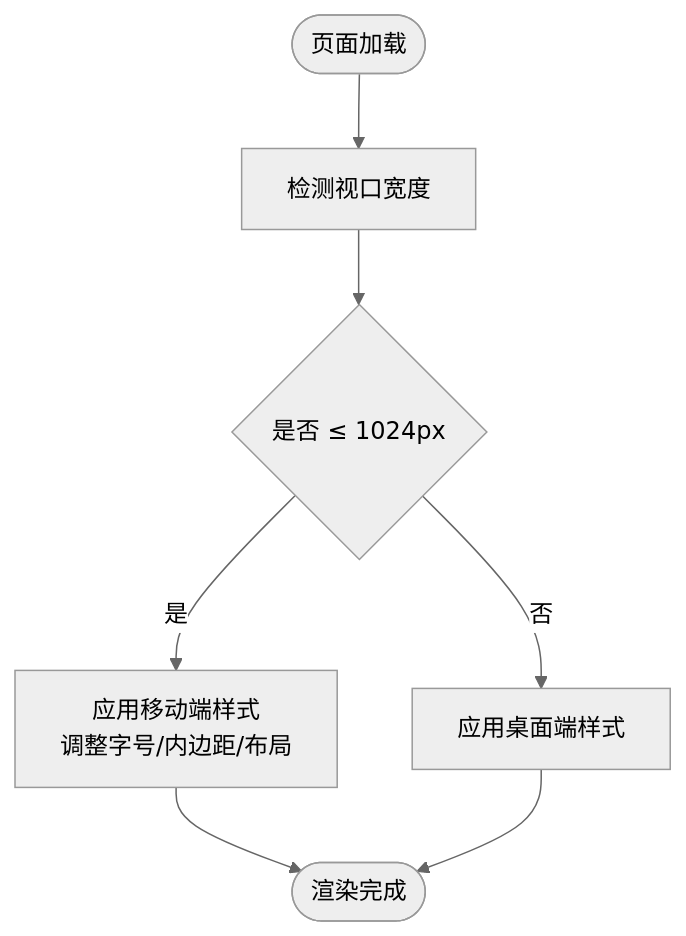
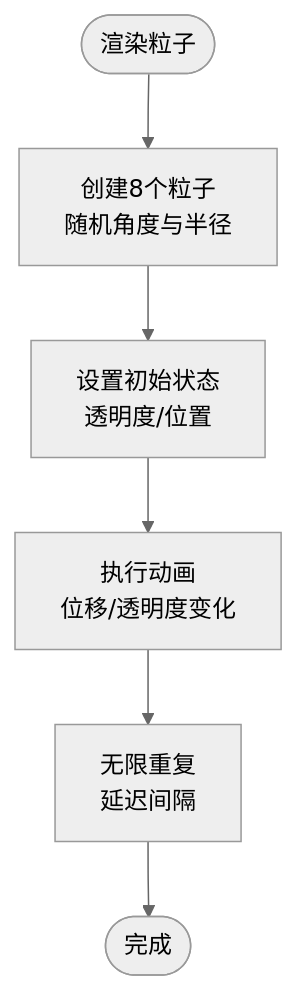
Before and after one commit to wudeng2005/rainbow-learning: the fifth of 8 diagrams in .qoder/repowiki/zh/content/样式系统.md, drawn with Mermaid (neutral theme). The commit also changed other lines of this file and 55 other files, not shown here.

````diff
--- a/.qoder/repowiki/zh/content/样式系统.md
+++ b/.qoder/repowiki/zh/content/样式系统.md
@@ -175,9 +232,8 @@
 ```mermaid
 flowchart TD
-Enter(["页面加载"]) --> CheckWidth["检测视口宽度"]
-CheckWidth --> IsMobile{"是否 ≤ 1024px"}
-IsMobile --> |是| ApplyMobile["应用移动端样式<br/>调整字号/内边距/布局"]
-IsMobile --> |否| ApplyDesktop["应用桌面端样式"]
-ApplyMobile --> Render(["渲染完成"])
-ApplyDesktop --> Render
+Start(["渲染粒子"]) --> CreateParticles["创建8个粒子<br/>随机角度与半径"]
+CreateParticles --> SetInitial["设置初始状态<br/>透明度/位置"]
+SetInitial --> Animate["执行动画<br/>位移/透明度变化"]
+Animate --> Repeat["无限重复<br/>延迟间隔"]
+Repeat --> End(["完成"])
 ```
````
